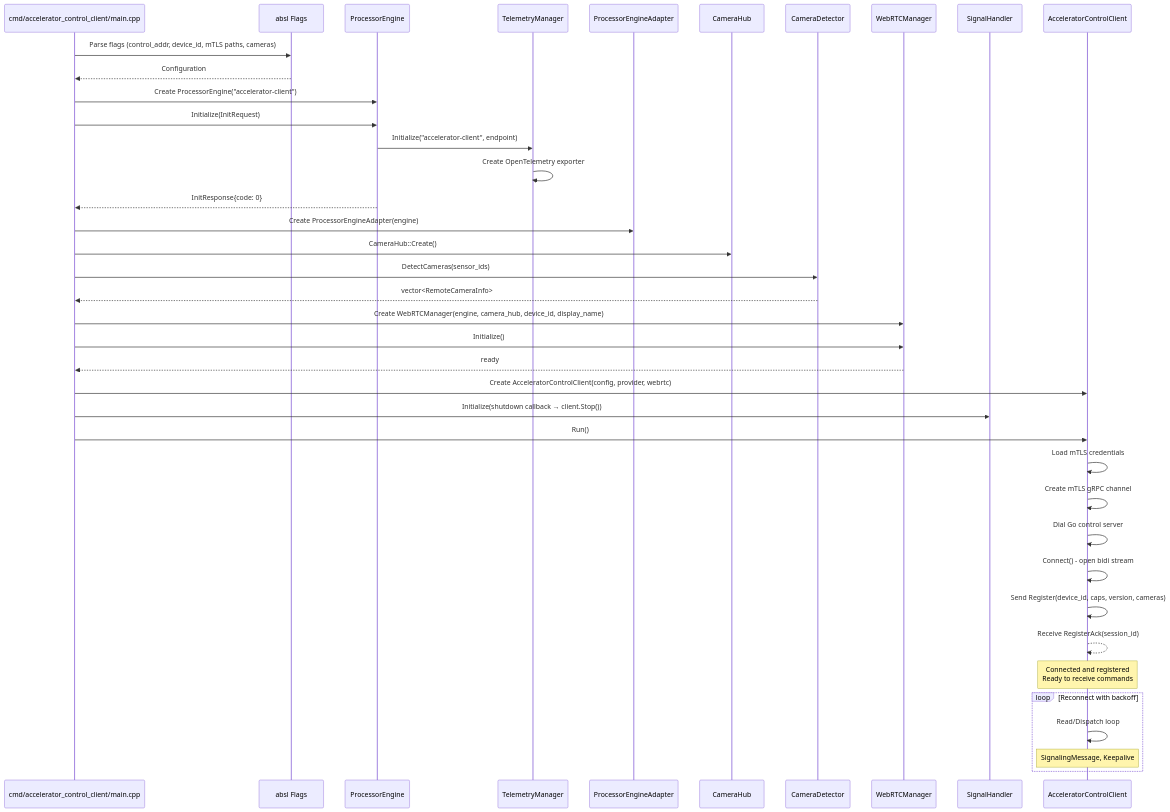
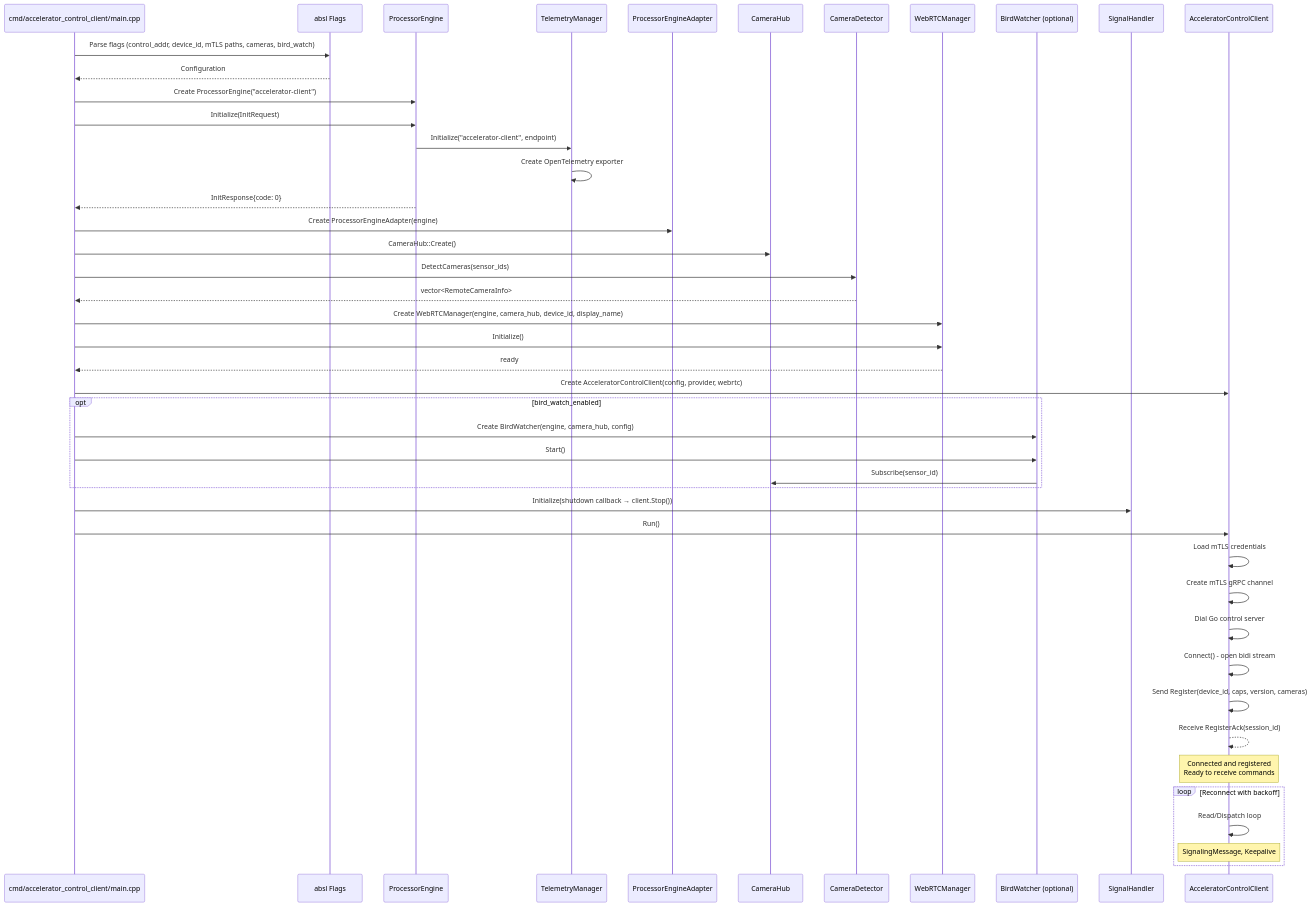
Before and after one commit to josnelihurt/learning-cuda: the third of 6 diagrams in src/cpp_accelerator/README.md, drawn with Mermaid. The commit also changed other lines of this file, not shown here.

Commit message:
docs: update to main readme for cpp_accelerator

````diff
--- a/src/cpp_accelerator/README.md
+++ b/src/cpp_accelerator/README.md
@@ -191,47 +210,55 @@
 ```mermaid
 sequenceDiagram
     participant Main as cmd/accelerator_control_client/main.cpp
     participant Flags as absl Flags
     participant Engine as ProcessorEngine
     participant TM as TelemetryManager
     participant Provider as ProcessorEngineAdapter
     participant CameraHub as CameraHub
     participant CameraDet as CameraDetector
     participant WebRTC as WebRTCManager
+    participant BirdWatcher as BirdWatcher (optional)
     participant Signal as SignalHandler
     participant Client as AcceleratorControlClient
 
-    Main->>Flags: Parse flags (control_addr, device_id, mTLS paths, cameras)
+    Main->>Flags: Parse flags (control_addr, device_id, mTLS paths, cameras, bird_watch)
     Flags-->>Main: Configuration
 
     Main->>Engine: Create ProcessorEngine("accelerator-client")
     Main->>Engine: Initialize(InitRequest)
     Engine->>TM: Initialize("accelerator-client", endpoint)
     TM->>TM: Create OpenTelemetry exporter
     Engine-->>Main: InitResponse{code: 0}
 
     Main->>Provider: Create ProcessorEngineAdapter(engine)
     Main->>CameraHub: CameraHub::Create()
     Main->>CameraDet: DetectCameras(sensor_ids)
     CameraDet-->>Main: vector<RemoteCameraInfo>
     Main->>WebRTC: Create WebRTCManager(engine, camera_hub, device_id, display_name)
     Main->>WebRTC: Initialize()
     WebRTC-->>Main: ready
     Main->>Client: Create AcceleratorControlClient(config, provider, webrtc)
+
+    opt bird_watch_enabled
+        Main->>BirdWatcher: Create BirdWatcher(engine, camera_hub, config)
+        Main->>BirdWatcher: Start()
+        BirdWatcher->>CameraHub: Subscribe(sensor_id)
+    end
+
     Main->>Signal: Initialize(shutdown callback → client.Stop())
     Main->>Client: Run()
 
     Client->>Client: Load mTLS credentials
     Client->>Client: Create mTLS gRPC channel
     Client->>Client: Dial Go control server
     Client->>Client: Connect() - open bidi stream
     Client->>Client: Send Register(device_id, caps, version, cameras)
     Client-->>Client: Receive RegisterAck(session_id)
 
     Note over Client: Connected and registered<br/>Ready to receive commands
 
     loop Reconnect with backoff
         Client->>Client: Read/Dispatch loop
         Note over Client: SignalingMessage, Keepalive
     end
 ```
````
